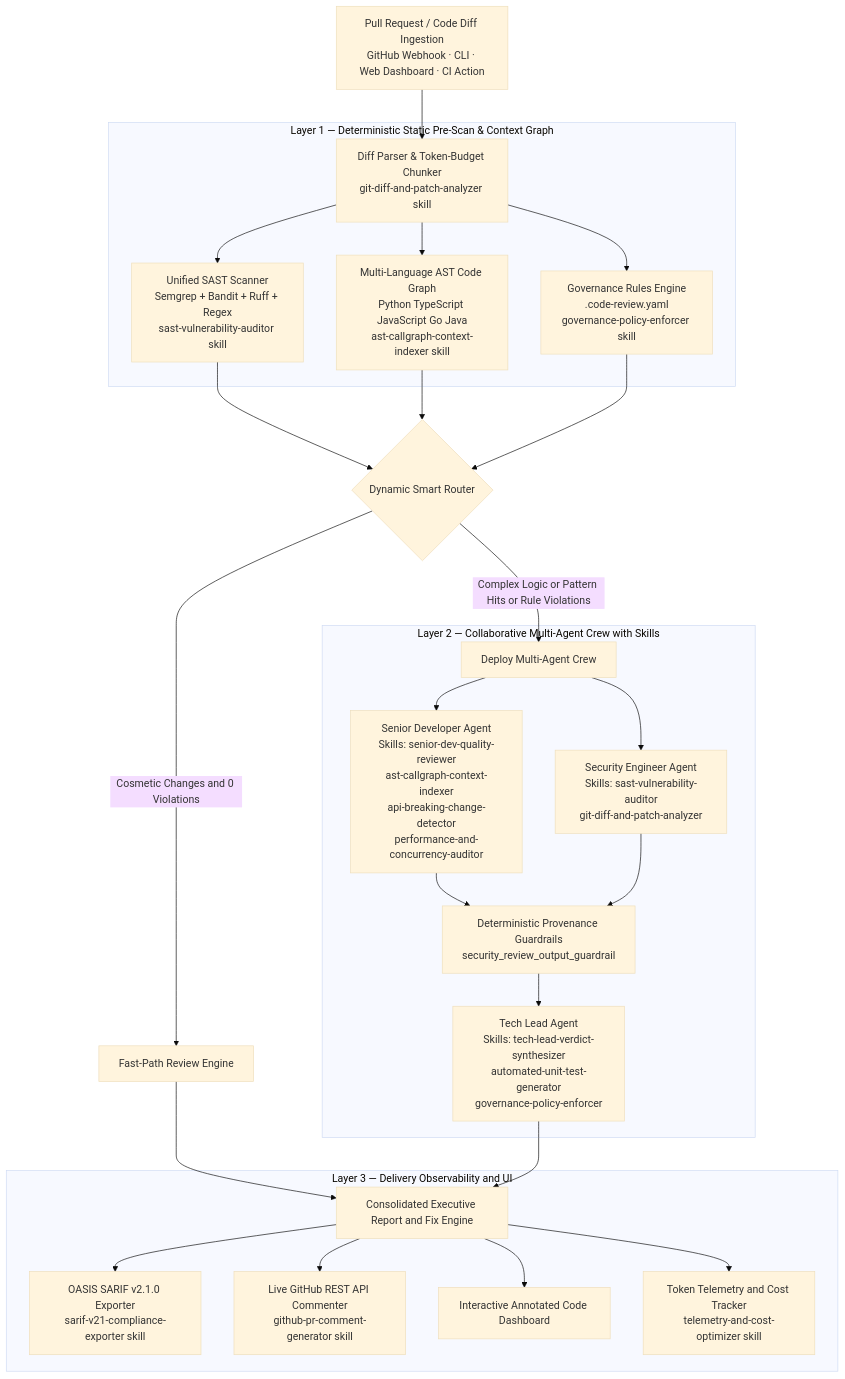
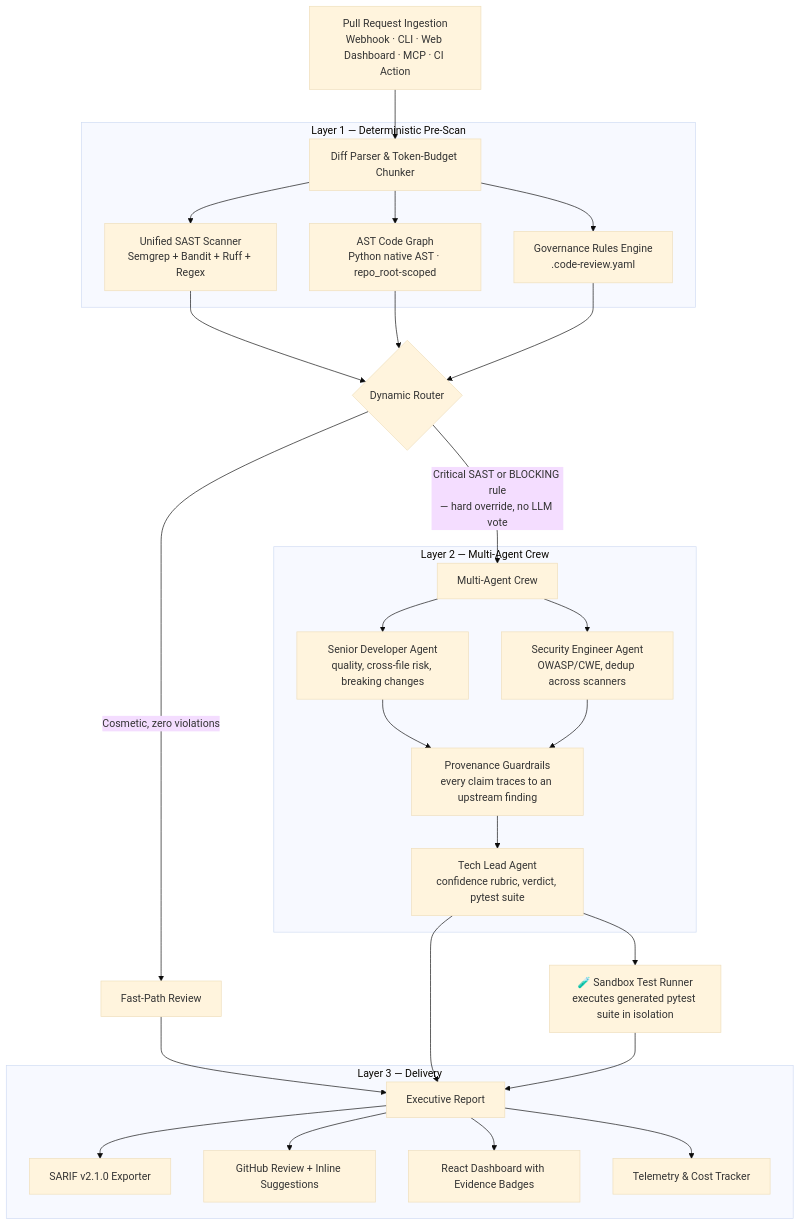
One commit to hamza1713/AI-Code-Review-Agent changed the first of 2 diagrams in README.md. Above: the diagram before and after it, drawn with Mermaid (base theme). The commit also changed other lines of this file and 44 other files, not shown here.

````diff
--- a/README.md
+++ b/README.md
@@ -102,34 +109,34 @@
 ```mermaid
 graph TD
-    A[Pull Request / Code Diff Ingestion<br/>GitHub Webhook · CLI · Web Dashboard · CI Action] --> B[Diff Parser & Token-Budget Chunker<br/>git-diff-and-patch-analyzer skill]
+    A[Pull Request Ingestion<br/>Webhook · CLI · Web Dashboard · MCP · CI Action] --> B[Diff Parser & Token-Budget Chunker]
 
-    subgraph Layer1 [Layer 1 — Deterministic Static Pre-Scan & Context Graph]
-        B --> C[Unified SAST Scanner<br/>Semgrep + Bandit + Ruff + Regex<br/>sast-vulnerability-auditor skill]
-        B --> D[Multi-Language AST Code Graph<br/>Python TypeScript JavaScript Go Java<br/>ast-callgraph-context-indexer skill]
-        B --> E[Governance Rules Engine<br/>.code-review.yaml<br/>governance-policy-enforcer skill]
+    subgraph Layer1 [Layer 1 — Deterministic Pre-Scan]
+        B --> C[Unified SAST Scanner<br/>Semgrep + Bandit + Ruff + Regex]
+        B --> D[AST Code Graph<br/>Python native AST · repo_root-scoped]
+        B --> E[Governance Rules Engine<br/>.code-review.yaml]
     end
 
-    C & D & E --> F{Dynamic Smart Router}
-    F -->|Cosmetic Changes and 0 Violations| G[Fast-Path Review Engine]
-    F -->|Complex Logic or Pattern Hits or Rule Violations| H[Deploy Multi-Agent Crew]
+    C & D & E --> F{Dynamic Router}
+    F -->|Cosmetic, zero violations| G[Fast-Path Review]
+    F -->|Critical SAST or BLOCKING rule<br/>— hard override, no LLM vote| H[Multi-Agent Crew]
 
-    subgraph Layer2 [Layer 2 — Collaborative Multi-Agent Crew with Skills]
-        H --> I["Senior Developer Agent<br/>Skills: senior-dev-quality-reviewer<br/>ast-callgraph-context-indexer<br/>api-breaking-change-detector<br/>performance-and-concurrency-auditor"]
-        H --> J["Security Engineer Agent<br/>Skills: sast-vulnerability-auditor<br/>git-diff-and-patch-analyzer"]
-
-        I --> K[Deterministic Provenance Guardrails<br/>security_review_output_guardrail]
+    subgraph Layer2 [Layer 2 — Multi-Agent Crew]
+        H --> I[Senior Developer Agent<br/>quality, cross-file risk, breaking changes]
+        H --> J[Security Engineer Agent<br/>OWASP/CWE, dedup across scanners]
+        I --> K[Provenance Guardrails<br/>every claim traces to an upstream finding]
         J --> K
-
-        K --> L["Tech Lead Agent<br/>Skills: tech-lead-verdict-synthesizer<br/>automated-unit-test-generator<br/>governance-policy-enforcer"]
+        K --> L[Tech Lead Agent<br/>confidence rubric, verdict, pytest suite]
     end
 
-    G --> M[Consolidated Executive Report and Fix Engine]
+    G --> M[Executive Report]
     L --> M
+    L --> S[🧪 Sandbox Test Runner<br/>executes generated pytest suite in isolation]
+    S --> M
 
-    subgraph Layer3 [Layer 3 — Delivery Observability and UI]
-        M --> N[OASIS SARIF v2.1.0 Exporter<br/>sarif-v21-compliance-exporter skill]
-        M --> O[Live GitHub REST API Commenter<br/>github-pr-comment-generator skill]
-        M --> P[Interactive Annotated Code Dashboard]
-        M --> Q[Token Telemetry and Cost Tracker<br/>telemetry-and-cost-optimizer skill]
+    subgraph Layer3 [Layer 3 — Delivery]
+        M --> N[SARIF v2.1.0 Exporter]
+        M --> O[GitHub Review + Inline Suggestions]
+        M --> P[React Dashboard with Evidence Badges]
+        M --> Q[Telemetry & Cost Tracker]
     end
 ```
````
